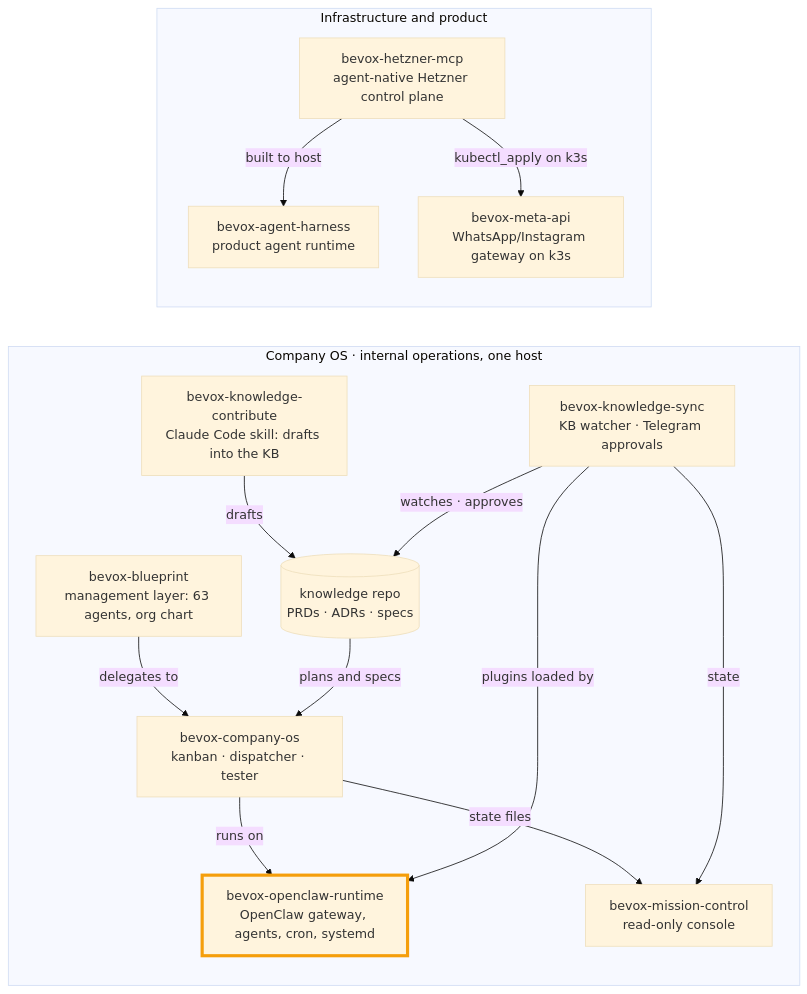
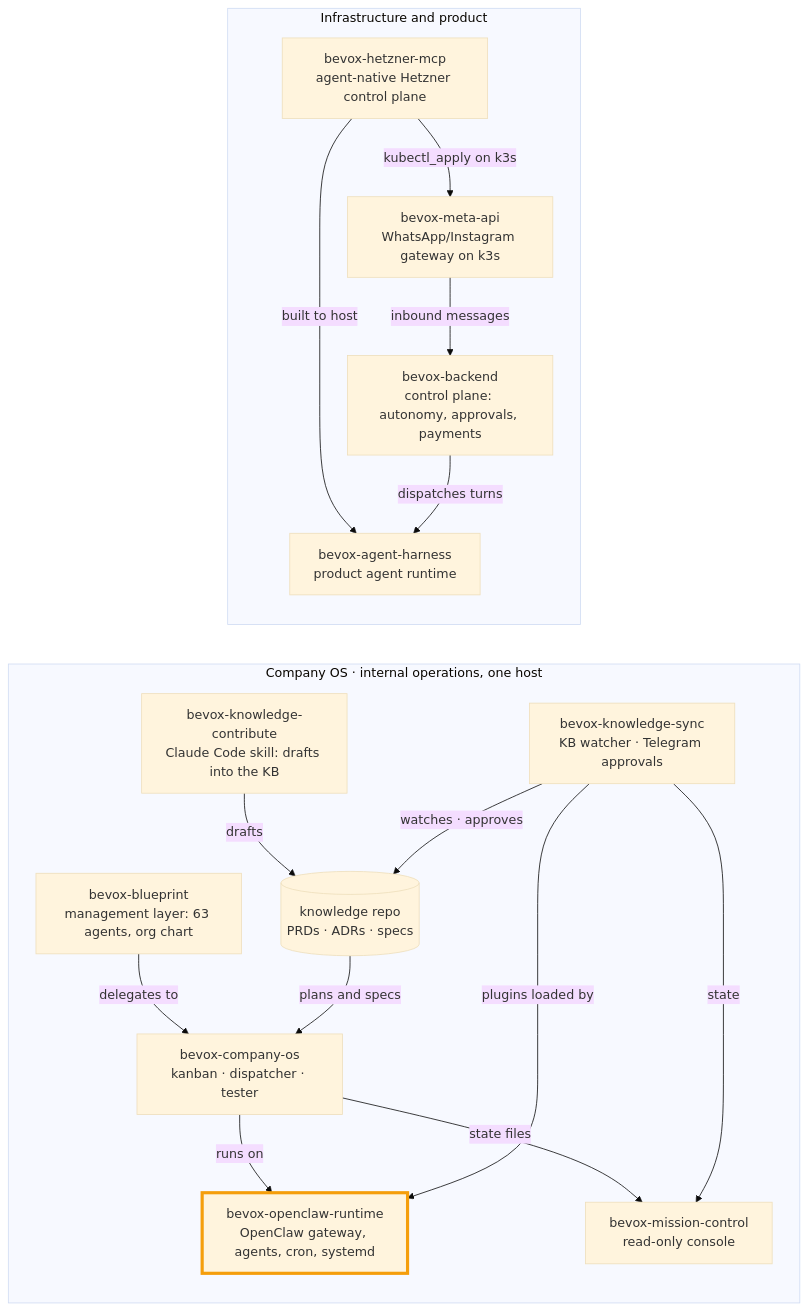
One commit to bernardTavares/bevox-openclaw-runtime changed the diagram in README.md. Above: the diagram before and after it, drawn with Mermaid (base theme). The commit also changed other lines of this file, not shown here.

Commit message:
docs: add bevox-backend to the repo map
Claude-Session: https://claude.ai/code/session_01Qj817cr8c8u4ecWaCmkuX1

````diff
--- a/README.md
+++ b/README.md
@@ -119,31 +119,34 @@
 ```mermaid
 flowchart LR
   subgraph OPS["Company OS · internal operations, one host"]
     direction TB
     BP["bevox-blueprint<br/>management layer: 63 agents, org chart"]
     RT["bevox-openclaw-runtime<br/>OpenClaw gateway, agents, cron, systemd"]
     COS["bevox-company-os<br/>kanban · dispatcher · tester"]
     MC["bevox-mission-control<br/>read-only console"]
     KS["bevox-knowledge-sync<br/>KB watcher · Telegram approvals"]
     KC["bevox-knowledge-contribute<br/>Claude Code skill: drafts into the KB"]
     KB[("knowledge repo<br/>PRDs · ADRs · specs")]
   end
   subgraph INFRA["Infrastructure and product"]
     direction TB
     HZ["bevox-hetzner-mcp<br/>agent-native Hetzner control plane"]
     H["bevox-agent-harness<br/>product agent runtime"]
     MA["bevox-meta-api<br/>WhatsApp/Instagram gateway on k3s"]
+    BE["bevox-backend<br/>control plane: autonomy, approvals, payments"]
   end
   BP -->|delegates to| COS
   COS -->|runs on| RT
   KS -->|plugins loaded by| RT
   KC -->|drafts| KB
   KS -->|watches · approves| KB
   KB -->|plans and specs| COS
   COS -->|state files| MC
   KS -->|state| MC
   HZ -->|built to host| H
   HZ -->|kubectl_apply on k3s| MA
+  MA -->|inbound messages| BE
+  BE -->|dispatches turns| H
   classDef here stroke:#f59e0b,stroke-width:4px
   class RT here
 ```
````
